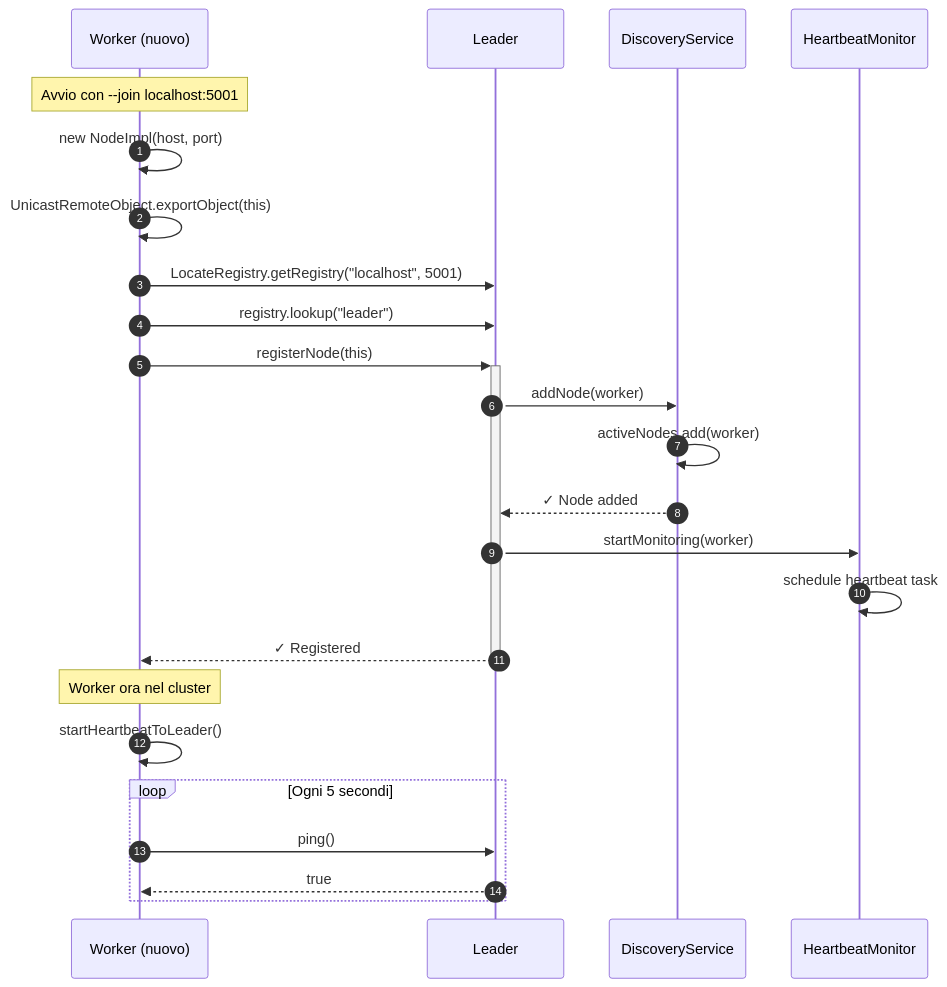
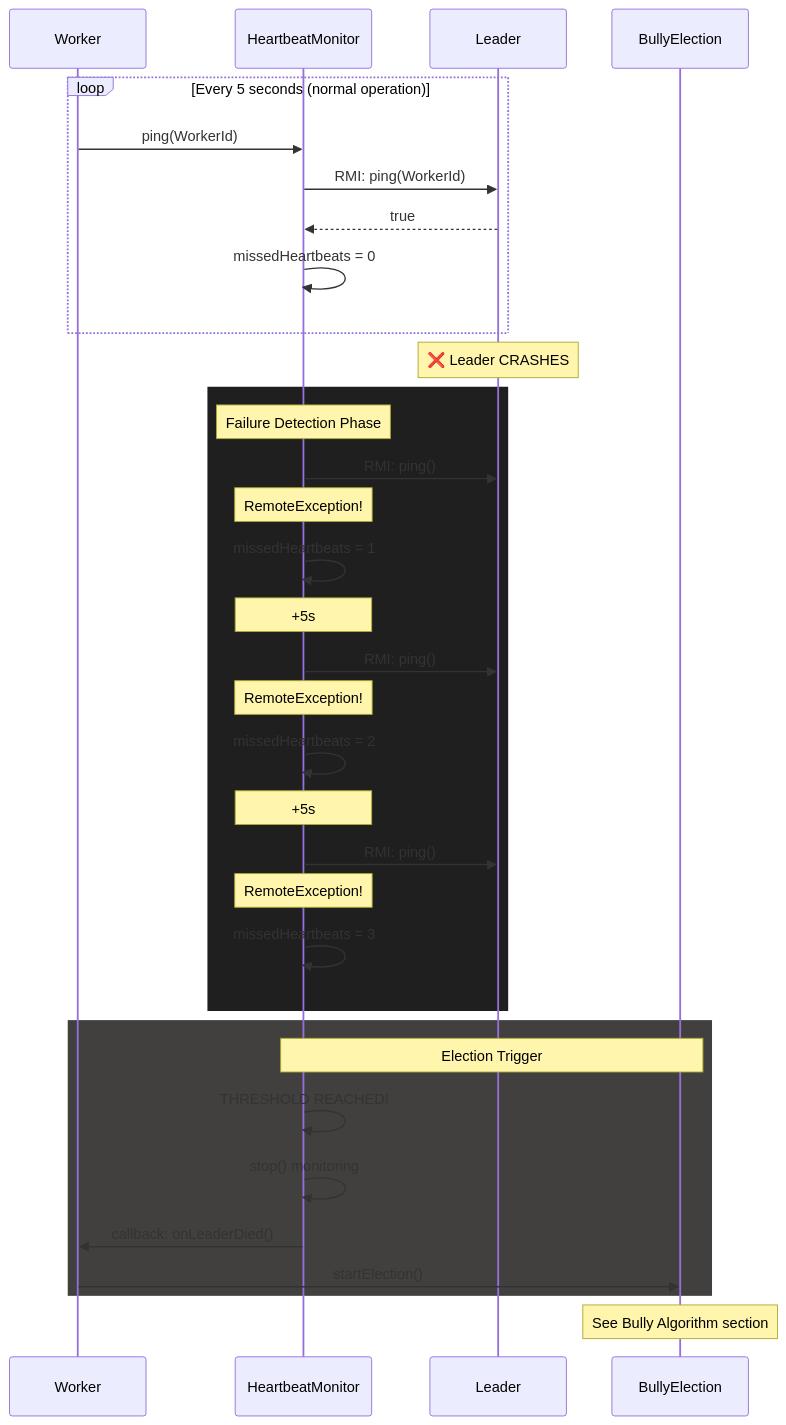
The fifth of 7 diagrams in docs/architecture/overview.md (lucadileo9/hecaton), drawn with Mermaid before and after one commit. The commit also changed other lines of this file, not shown here.

````diff
--- a/docs/architecture/overview.md
+++ b/docs/architecture/overview.md
@@ -202,33 +489,43 @@
 ```mermaid
 sequenceDiagram
-    autonumber
-    participant W as Worker (nuovo)
+    participant W as Worker
+    participant HM as HeartbeatMonitor
     participant L as Leader
-    participant D as DiscoveryService
-    participant H as HeartbeatMonitor
+    participant Elect as BullyElection
     
-    Note over W: Avvio con --join localhost:5001
+    loop Every 5 seconds (normal operation)
+        W->>HM: ping(WorkerId)
+        HM->>L: RMI: ping(WorkerId)
+        L-->>HM: true
+        HM->>HM: missedHeartbeats = 0
+    end
     
-    W->>W: new NodeImpl(host, port)
-    W->>W: UnicastRemoteObject.exportObject(this)
+    Note over L: ❌ Leader CRASHES
     
-    W->>L: LocateRegistry.getRegistry("localhost", 5001)
-    W->>L: registry.lookup("leader")
+    rect rgb(32, 31, 31)
+        Note over HM: Failure Detection Phase
+        HM->>L: RMI: ping()
+        Note over HM: RemoteException!
+        HM->>HM: missedHeartbeats = 1
+        
+        Note over HM: +5s
+        HM->>L: RMI: ping()
+        Note over HM: RemoteException!
+        HM->>HM: missedHeartbeats = 2
+        
+        Note over HM: +5s
+        HM->>L: RMI: ping()
+        Note over HM: RemoteException!
+        HM->>HM: missedHeartbeats = 3
+    end
     
-    W->>+L: registerNode(this)
-    L->>D: addNode(worker)
-    D->>D: activeNodes.add(worker)
-    D-->>L: ✓ Node added
-    L->>H: startMonitoring(worker)
-    H->>H: schedule heartbeat task
-    L-->>-W: ✓ Registered
+    rect rgb(65, 64, 62)
+        Note over HM,Elect: Election Trigger
+        HM->>HM: THRESHOLD REACHED!
+        HM->>HM: stop() monitoring
+        HM->>W: callback: onLeaderDied()
+        W->>Elect: startElection()
+    end
     
-    Note over W: Worker ora nel cluster
-    
-    W->>W: startHeartbeatToLeader()
-    
-    loop Ogni 5 secondi
-        W->>L: ping()
-        L-->>W: true
-    end
+    Note over Elect: See Bully Algorithm section
 ```
````
